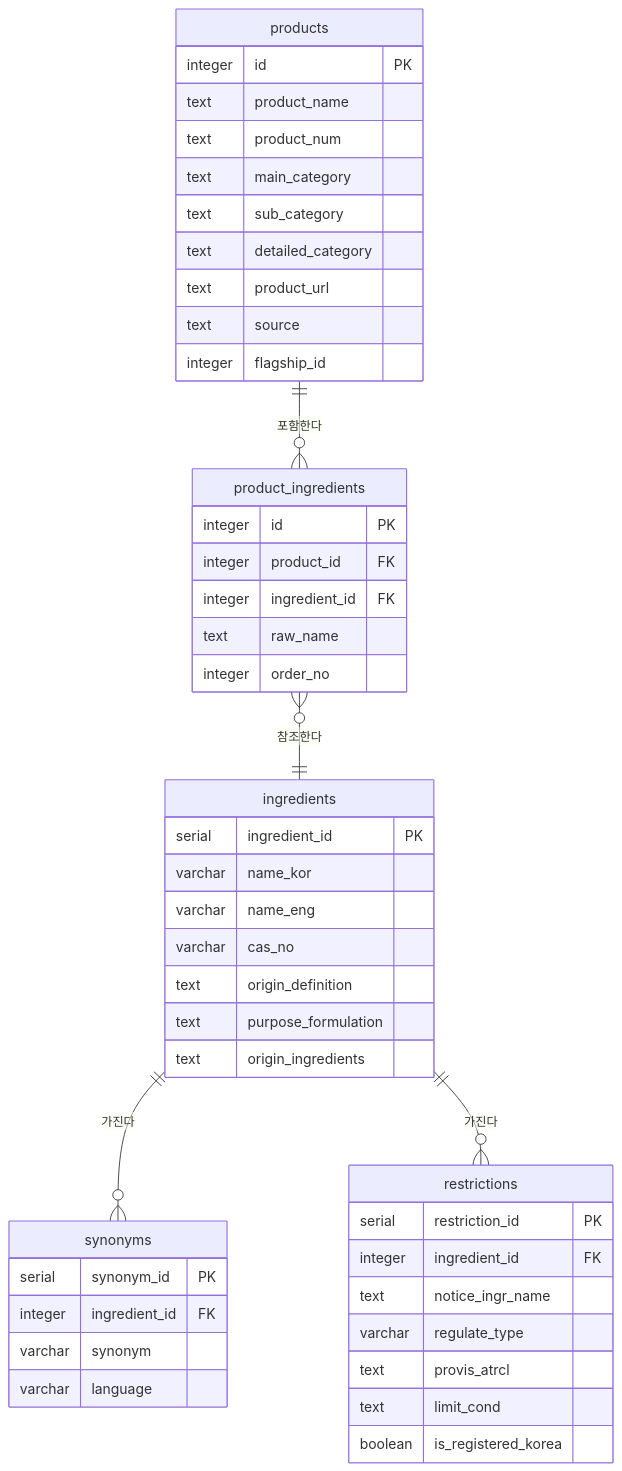
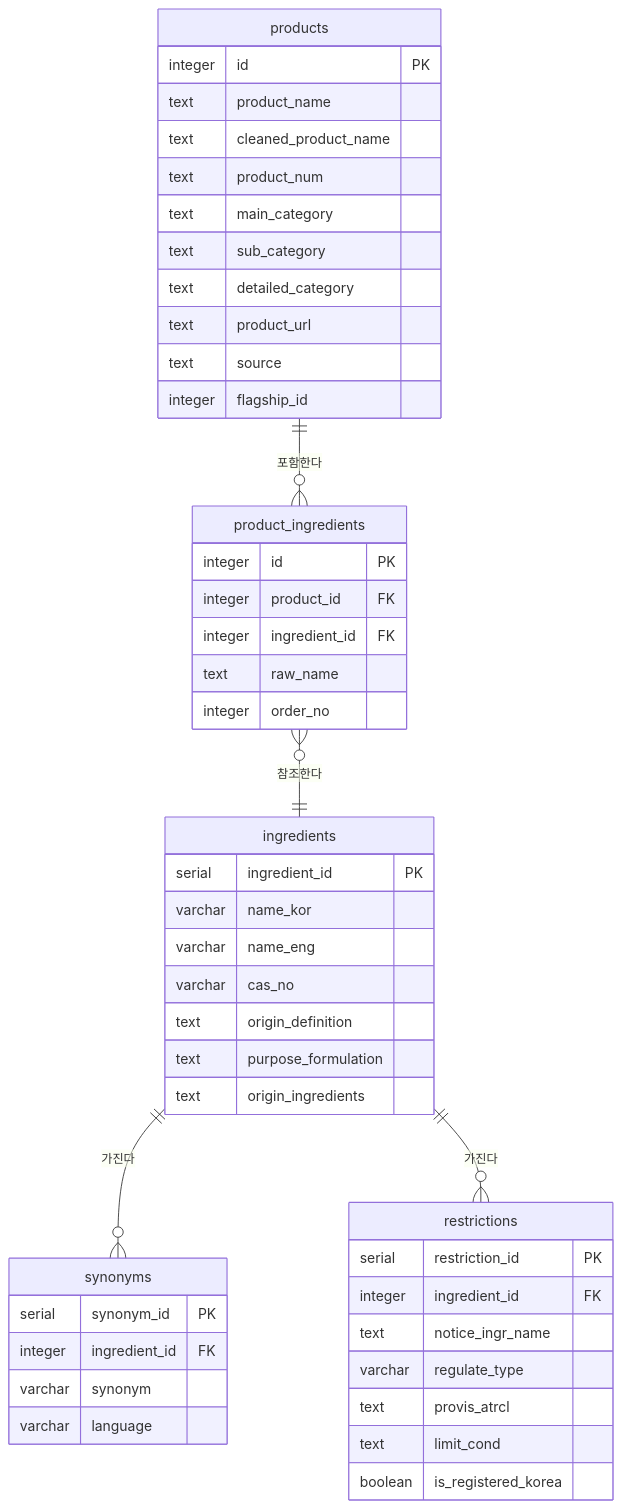
The diagram in supabase/schema.md (cosmos-incicrew/cosmos_server), drawn with Mermaid before and after one commit. The commit also changed other lines of this file and 9 other files, not shown here.

Commit message:
feat: search products by cleaned name

````diff
--- a/supabase/schema.md
+++ b/supabase/schema.md
@@ -7,50 +7,51 @@
 ```mermaid
 erDiagram
     products ||--o{ product_ingredients : "포함한다"
     product_ingredients }o--|| ingredients : "참조한다"
     ingredients ||--o{ synonyms : "가진다"
     ingredients ||--o{ restrictions : "가진다"
 
     products {
         integer id PK
         text product_name
+        text cleaned_product_name
         text product_num
         text main_category
         text sub_category
         text detailed_category
         text product_url
         text source
         integer flagship_id
     }
     product_ingredients {
         integer id PK
         integer product_id FK
         integer ingredient_id FK
         text raw_name
         integer order_no
     }
     ingredients {
         serial ingredient_id PK
         varchar name_kor
         varchar name_eng
         varchar cas_no
         text origin_definition
         text purpose_formulation
         text origin_ingredients
     }
     synonyms {
         serial synonym_id PK
         integer ingredient_id FK
         varchar synonym
         varchar language
     }
     restrictions {
         serial restriction_id PK
         integer ingredient_id FK
         text notice_ingr_name
         varchar regulate_type
         text provis_atrcl
         text limit_cond
         boolean is_registered_korea
     }
 ```
````
